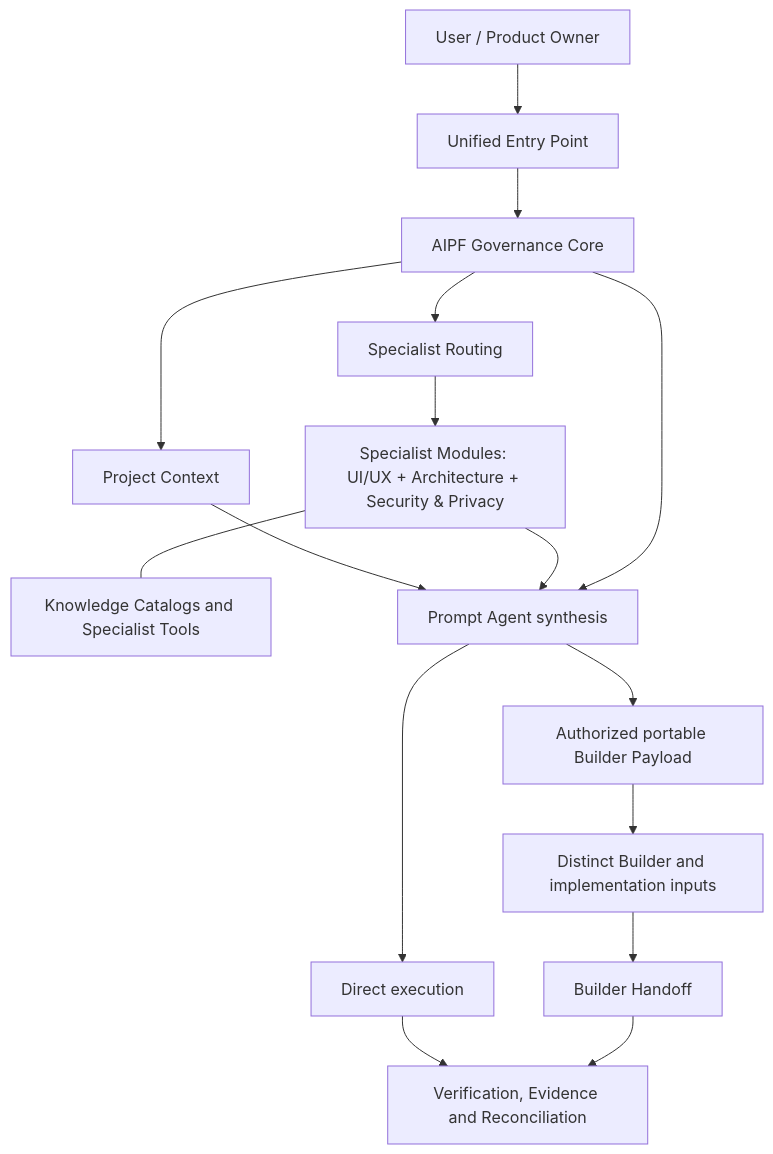
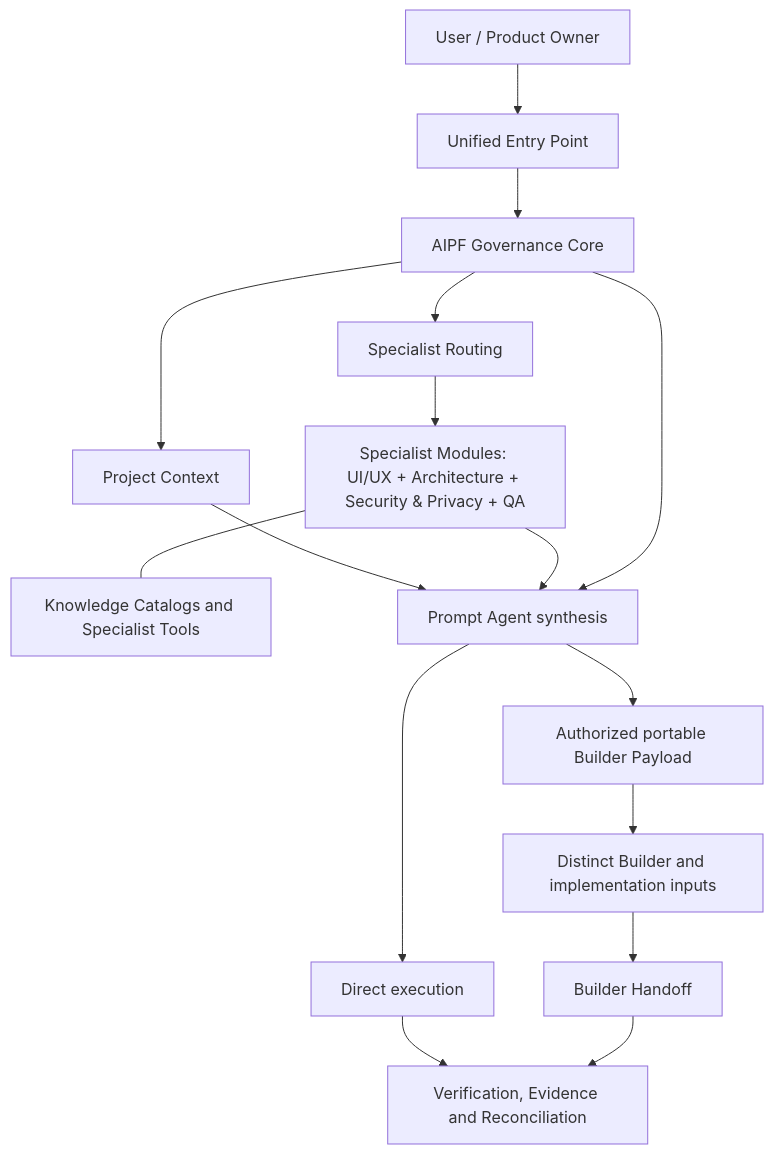
One commit to S-Pillow/praxis changed the diagram in docs/ARCHITECTURE.md. Above: the diagram before and after it, drawn with Mermaid. The commit also changed other lines of this file and 13 other files, not shown here.

````diff
--- a/docs/ARCHITECTURE.md
+++ b/docs/ARCHITECTURE.md
@@ -7,18 +7,18 @@
 ```mermaid
 flowchart TD
   U[User / Product Owner] --> E[Unified Entry Point]
   E --> G[AIPF Governance Core]
   G --> C[Project Context]
   G --> R[Specialist Routing]
-  R --> S[Specialist Modules: UI/UX + Architecture + Security & Privacy]
+  R --> S[Specialist Modules: UI/UX + Architecture + Security & Privacy + QA]
   S --- K[Knowledge Catalogs and Specialist Tools]
   C --> P[Prompt Agent synthesis]
   S --> P
   G --> P
   P --> X[Direct execution]
   P --> B[Authorized portable Builder Payload]
   B --> D[Distinct Builder and implementation inputs]
   D --> H[Builder Handoff]
   X --> V[Verification, Evidence and Reconciliation]
   H --> V
 ```
````
